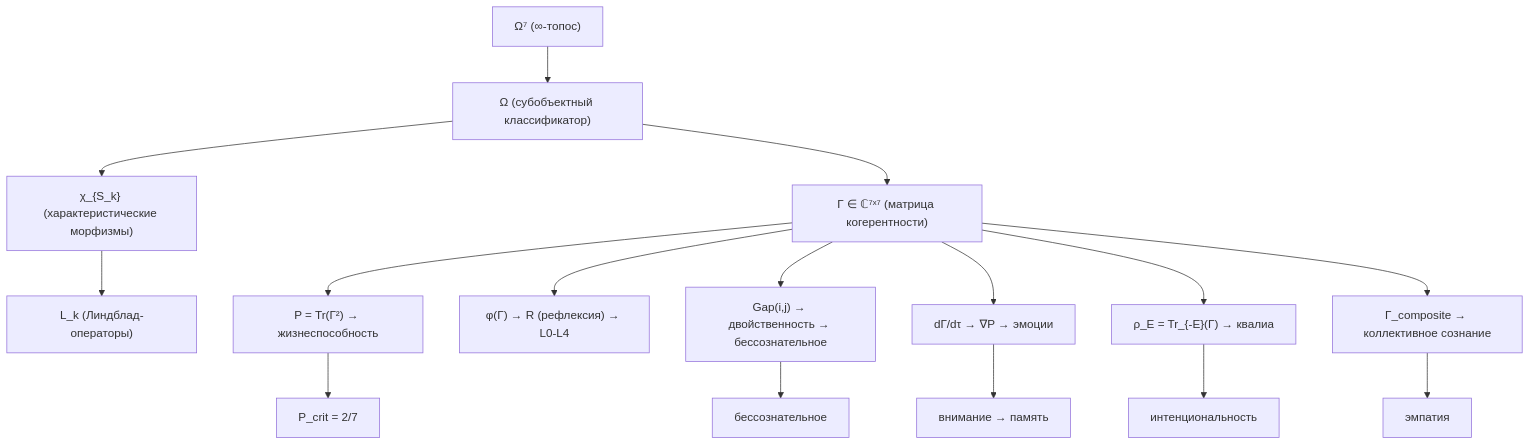
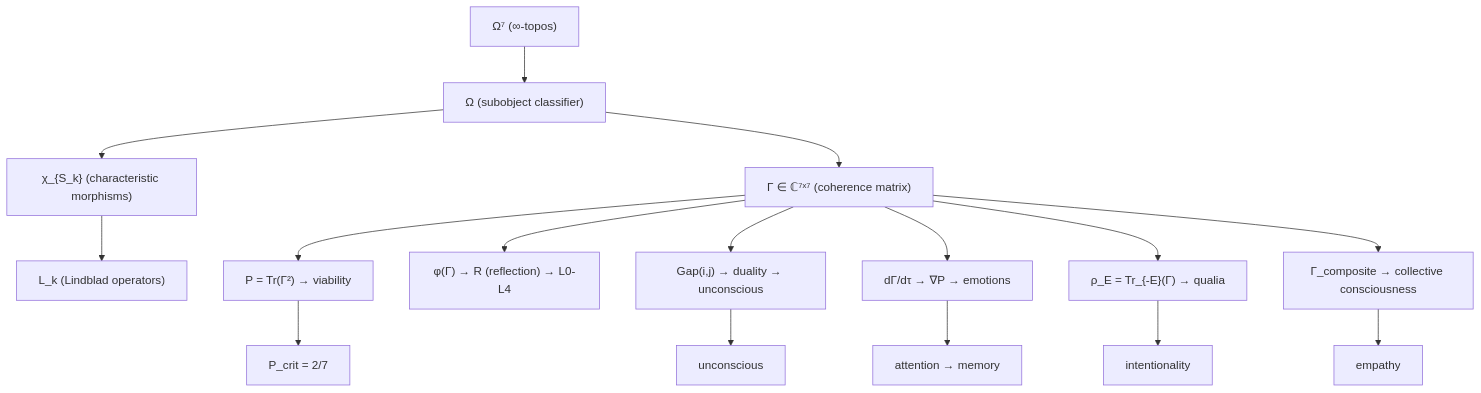
One commit to gst-st/uhm changed the third of 3 diagrams in website/docs/consciousness/overview.md. Above: the diagram before and after it, drawn with Mermaid. The commit also changed other lines of this file and 79 other files, not shown here.

````diff
--- a/website/docs/consciousness/overview.md
+++ b/website/docs/consciousness/overview.md
@@ -202,18 +202,18 @@
 ```mermaid
 graph TD
-    AX["Ω⁷ (∞-топос)"] --> OM["Ω (субобъектный классификатор)"]
-    OM --> CHI["χ_{S_k} (характеристические морфизмы)"]
-    OM --> GAM["Γ ∈ ℂ⁷ˣ⁷ (матрица когерентности)"]
-    CHI --> LK["L_k (Линдблад-операторы)"]
-    GAM --> P["P = Tr(Γ²) → жизнеспособность"]
-    GAM --> PHI["φ(Γ) → R (рефлексия) → L0-L4"]
-    GAM --> GAP["Gap(i,j) → двойственность → бессознательное"]
-    GAM --> DG["dΓ/dτ → ∇P → эмоции"]
-    GAM --> RHO["ρ_E = Tr_{-E}(Γ) → квалиа"]
-    GAM --> COMP["Γ_composite → коллективное сознание"]
+    AX["Ω⁷ (∞-topos)"] --> OM["Ω (subobject classifier)"]
+    OM --> CHI["χ_{S_k} (characteristic morphisms)"]
+    OM --> GAM["Γ ∈ ℂ⁷ˣ⁷ (coherence matrix)"]
+    CHI --> LK["L_k (Lindblad operators)"]
+    GAM --> P["P = Tr(Γ²) → viability"]
+    GAM --> PHI["φ(Γ) → R (reflection) → L0-L4"]
+    GAM --> GAP["Gap(i,j) → duality → unconscious"]
+    GAM --> DG["dΓ/dτ → ∇P → emotions"]
+    GAM --> RHO["ρ_E = Tr_{-E}(Γ) → qualia"]
+    GAM --> COMP["Γ_composite → collective consciousness"]
     P --> PCRIT["P_crit = 2/7"]
-    DG --> ATT["внимание → память"]
-    RHO --> INT["интенциональность"]
-    COMP --> EMP["эмпатия"]
-    GAP --> UCON["бессознательное"]
+    DG --> ATT["attention → memory"]
+    RHO --> INT["intentionality"]
+    COMP --> EMP["empathy"]
+    GAP --> UCON["unconscious"]
 ```
````
